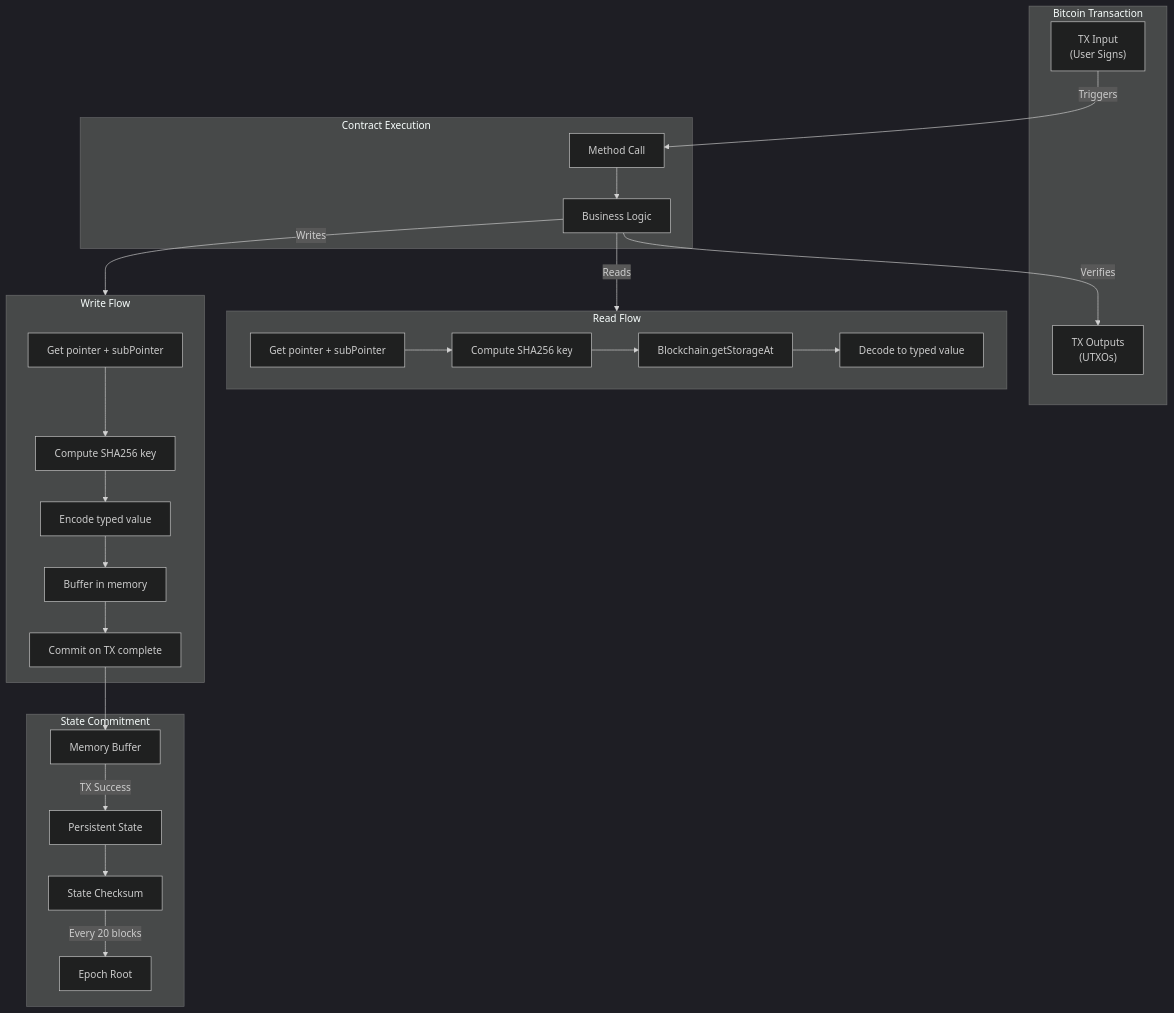
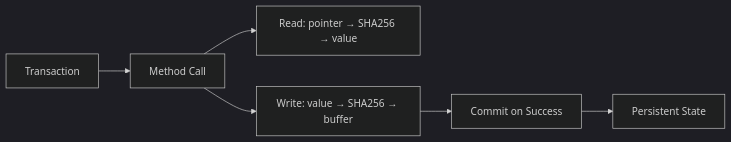
Before and after one commit to btc-vision/btc-runtime: the sixth of 6 diagrams in docs/core-concepts/storage-system.md, drawn with Mermaid. The commit also changed other lines of this file and 2 other files, not shown here.

Commit message:
Simplify and update mermaid diagrams in docs
Refactored mermaid diagrams in blockchain-environment.md, pointers.md, and storage-system.md for improved clarity and consistency. Changed flowchart orientation to LR, removed unnecessary subgraphs, and streamlined node labels to make visualizations easier to read and maintain.

````diff
--- a/docs/core-concepts/storage-system.md
+++ b/docs/core-concepts/storage-system.md
@@ -508,51 +484,12 @@
 ```mermaid
 ---
 config:
   theme: dark
 ---
-flowchart TD
-    subgraph Transaction["Bitcoin Transaction"]
-        TX_IN["TX Input<br/>(User Signs)"]
-        TX_OUT["TX Outputs<br/>(UTXOs)"]
-    end
-
-    subgraph Contract["Contract Execution"]
-        CALL["Method Call"]
-        LOGIC["Business Logic"]
-    end
-
-    subgraph ReadFlow["Read Flow"]
-        R1["Get pointer + subPointer"]
-        R2["Compute SHA256 key"]
-        R3["Blockchain.getStorageAt"]
-        R4["Decode to typed value"]
-        R1 --> R2 --> R3 --> R4
-    end
-
-    subgraph WriteFlow["Write Flow"]
-        W1["Get pointer + subPointer"]
-        W2["Compute SHA256 key"]
-        W3["Encode typed value"]
-        W4["Buffer in memory"]
-        W5["Commit on TX complete"]
-        W1 --> W2 --> W3 --> W4 --> W5
-    end
-
-    subgraph StateCommit["State Commitment"]
-        BUFFER["Memory Buffer"]
-        STATE["Persistent State"]
-        CHECKSUM["State Checksum"]
-        EPOCH["Epoch Root"]
-    end
-
-    TX_IN -->|"Triggers"| CALL
-    CALL --> LOGIC
-    LOGIC -->|"Reads"| ReadFlow
-    LOGIC -->|"Writes"| WriteFlow
-    LOGIC -->|"Verifies"| TX_OUT
-
-    W5 --> BUFFER
-    BUFFER -->|"TX Success"| STATE
-    STATE --> CHECKSUM
-    CHECKSUM -->|"Every 20 blocks"| EPOCH
+flowchart LR
+    TX["Transaction"] --> Call["Method Call"]
+    Call --> Read["Read: pointer → SHA256 → value"]
+    Call --> Write["Write: value → SHA256 → buffer"]
+    Write --> Commit["Commit on Success"]
+    Commit --> State["Persistent State"]
 ```
````
